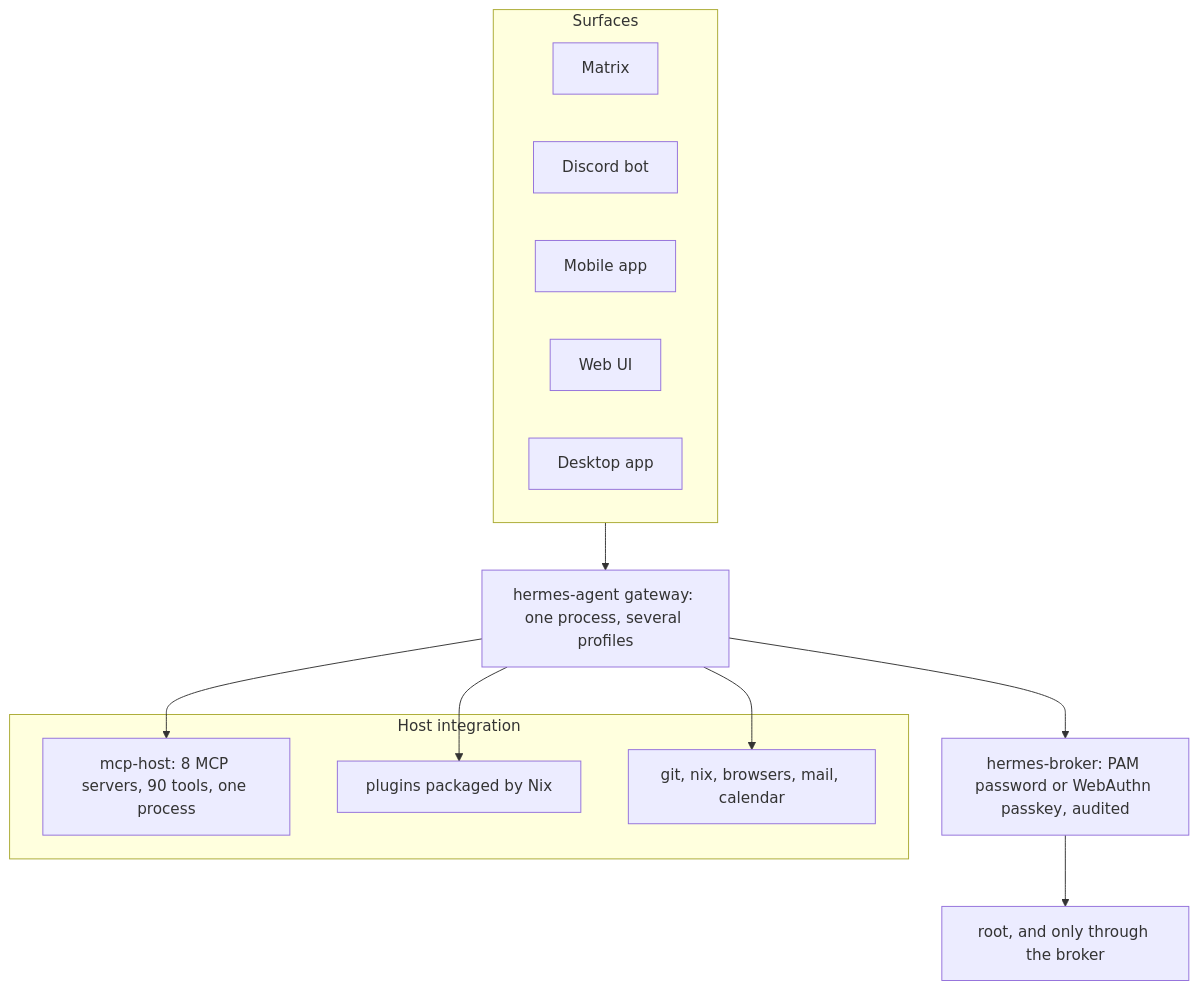
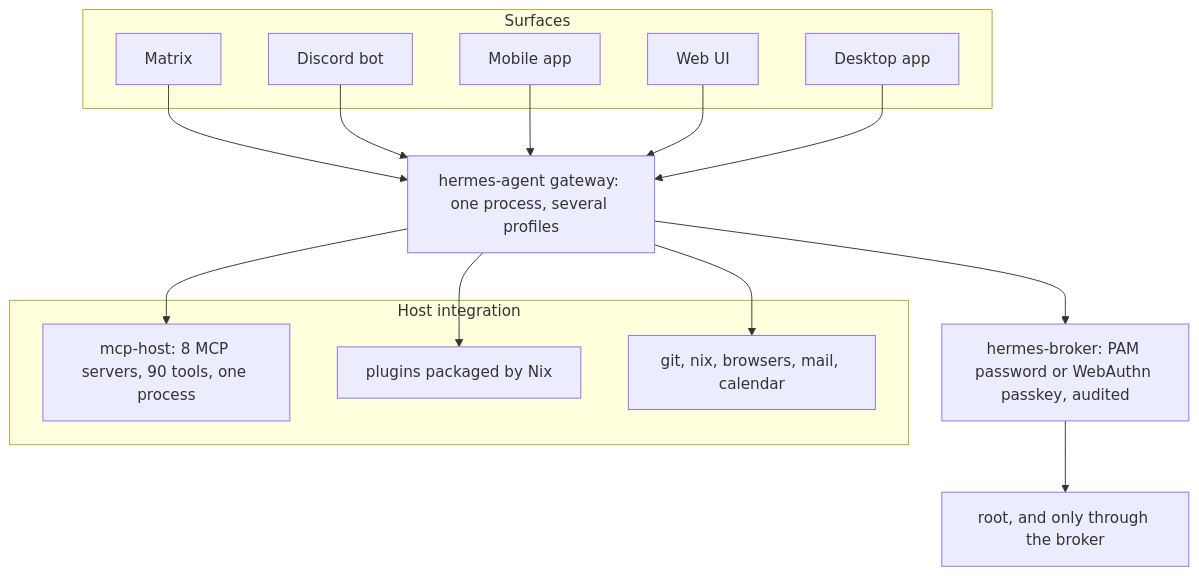
The sixth of 6 diagrams in README.md (MarcPartensky/nixos), drawn with Mermaid before and after one commit. The commit also changed other lines of this file, not shown here.

Commit message:
docs(readme): liens entre noeuds plutot que vers les sous-graphes (mermaid)

````diff
--- a/README.md
+++ b/README.md
@@ -167,24 +167,28 @@
 ```mermaid
 flowchart TB
   subgraph surfaces["Surfaces"]
     mx["Matrix"]
     dc["Discord bot"]
     mob["Mobile app"]
     web["Web UI"]
     desk["Desktop app"]
   end
   gw["hermes-agent gateway: one process, several profiles"]
   subgraph host["Host integration"]
     mcp["mcp-host: 8 MCP servers, 90 tools, one process"]
     plug["plugins packaged by Nix"]
     tools["git, nix, browsers, mail, calendar"]
   end
   brk["hermes-broker: PAM password or WebAuthn passkey, audited"]
   root["root, and only through the broker"]
-  surfaces --> gw
+  mx --> gw
+  dc --> gw
+  mob --> gw
+  web --> gw
+  desk --> gw
   gw --> mcp
   gw --> plug
   gw --> tools
   gw --> brk
   brk --> root
 ```
````
